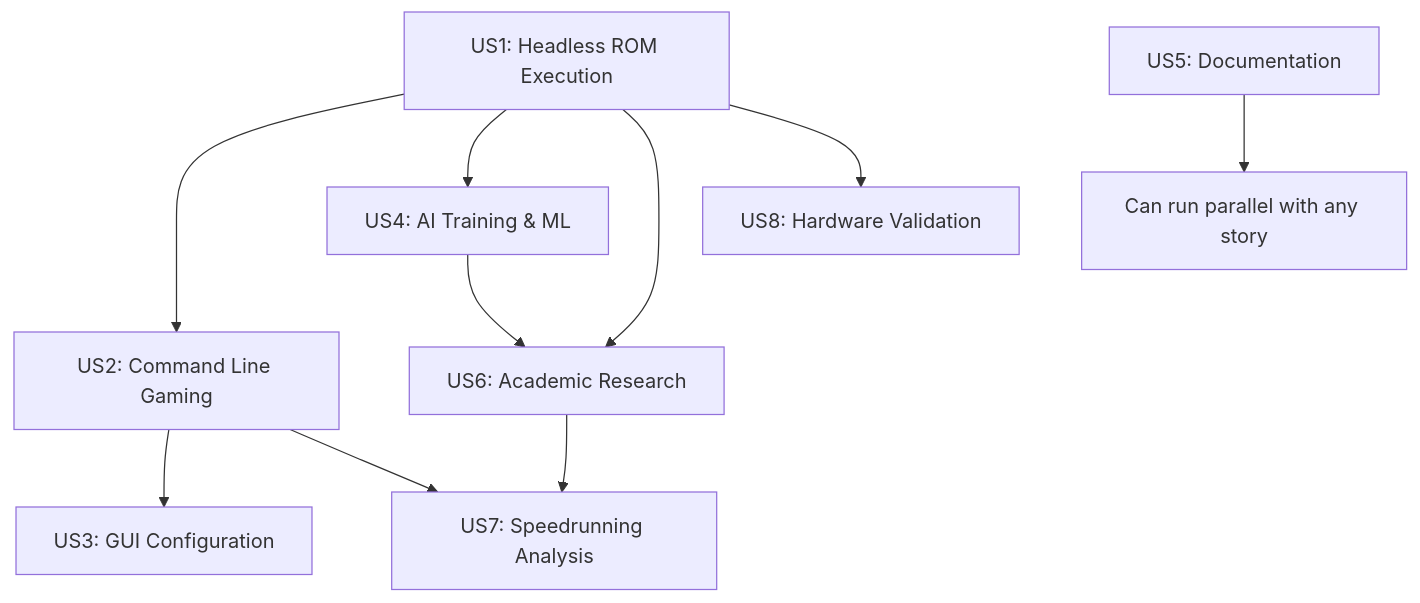
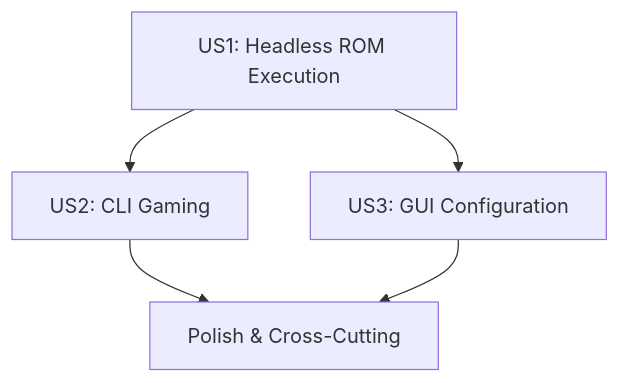
Before and after one commit to ggcoleman/8bitten: the diagram in specs/001-cycle-accurate-emulator/tasks.md, drawn with Mermaid. The commit also changed other lines of this file and 5 other files, not shown here.

````diff
--- a/specs/001-cycle-accurate-emulator/tasks.md
+++ b/specs/001-cycle-accurate-emulator/tasks.md
@@ -19,12 +33,7 @@
 ```mermaid
 graph TD
-    US1[US1: Headless ROM Execution] --> US2[US2: Command Line Gaming]
-    US1 --> US4[US4: AI Training & ML]
-    US1 --> US6[US6: Academic Research]
-    US1 --> US8[US8: Hardware Validation]
-    US2 --> US3[US3: GUI Configuration]
-    US2 --> US7[US7: Speedrunning Analysis]
-    US4 --> US6
-    US6 --> US7
-    US5[US5: Documentation] --> ALL[Can run parallel with any story]
+    US1[US1: Headless ROM Execution] --> US2[US2: CLI Gaming]
+    US1 --> US3[US3: GUI Configuration]
+    US2 --> Polish[Polish & Cross-Cutting]
+    US3 --> Polish
 ```
````
